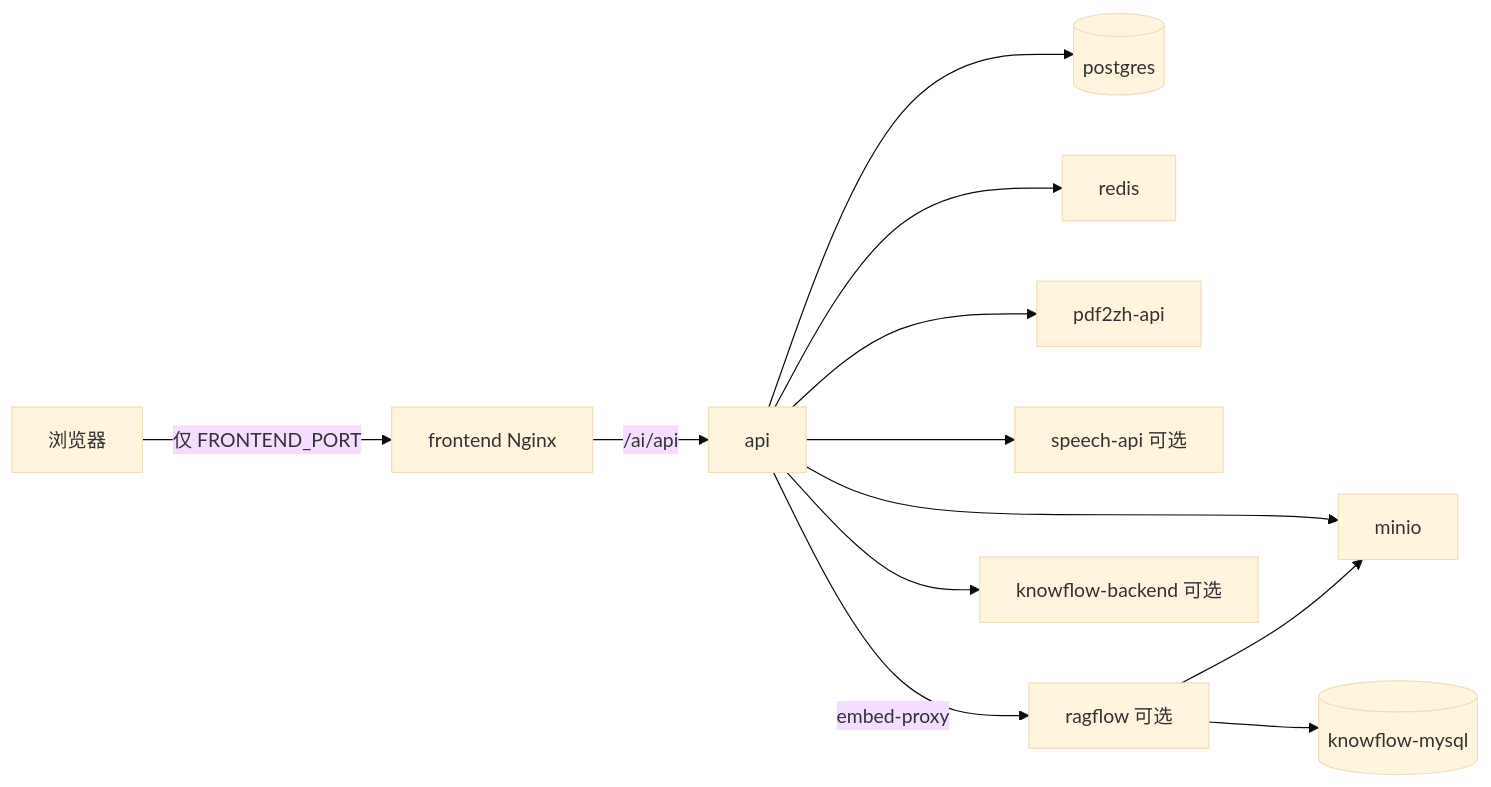
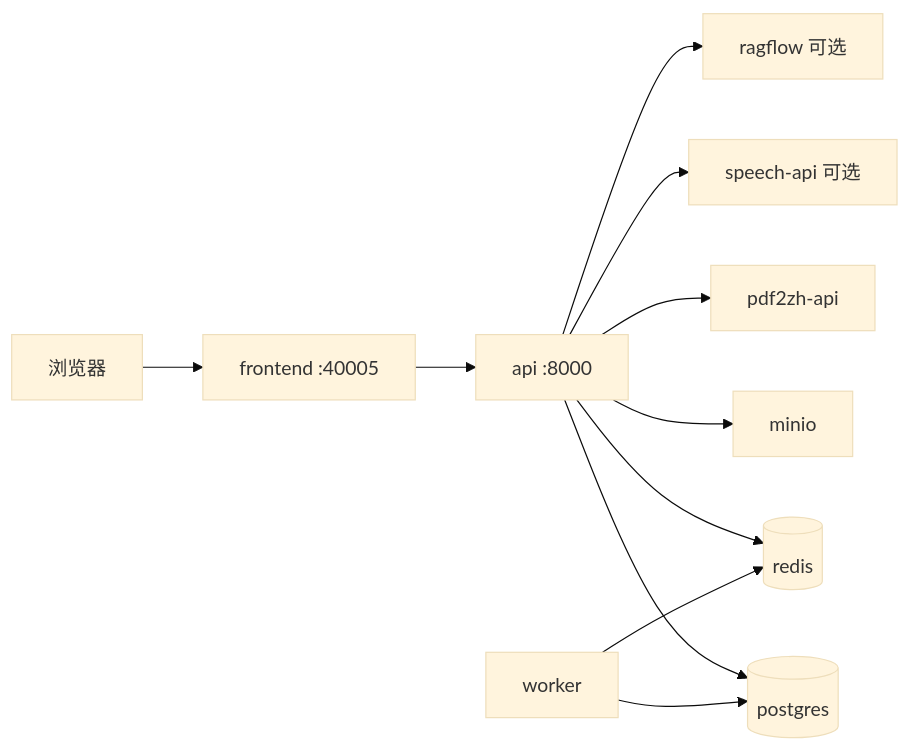
One commit to zhibinQiu/benxi changed the diagram in docs/zh/development/stack-deployment.md. Above: the diagram before and after it, drawn with Mermaid (base theme). The commit also changed other lines of this file and 338 other files, not shown here.

````diff
--- a/docs/zh/development/stack-deployment.md
+++ b/docs/zh/development/stack-deployment.md
@@ -12,14 +36,13 @@
 ```mermaid
 flowchart LR
-  User[浏览器] -->|仅 FRONTEND_PORT| FE[frontend Nginx]
-  FE -->|/ai/api| API[api]
+  User[浏览器] --> FE[frontend :40005]
+  FE --> API[api :8000]
   API --> PG[(postgres)]
+  API --> RD[(redis)]
   API --> MN[minio]
-  API --> RD[redis]
   API --> PDF[pdf2zh-api]
   API --> SP[speech-api 可选]
-  API -->|embed-proxy| RF[ragflow 可选]
-  API --> KFB[knowflow-backend 可选]
-  RF --> MN
-  RF --> MY[(knowflow-mysql)]
+  API --> RF[ragflow 可选]
+  WRK[worker] --> RD
+  WRK --> PG
 ```
````
